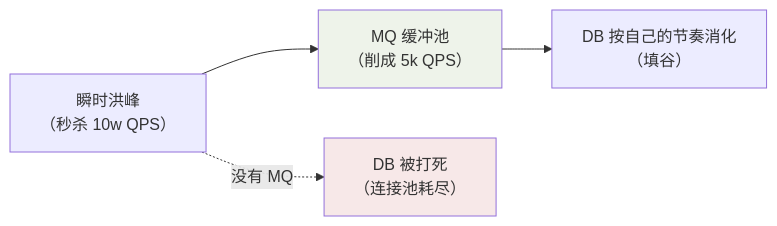
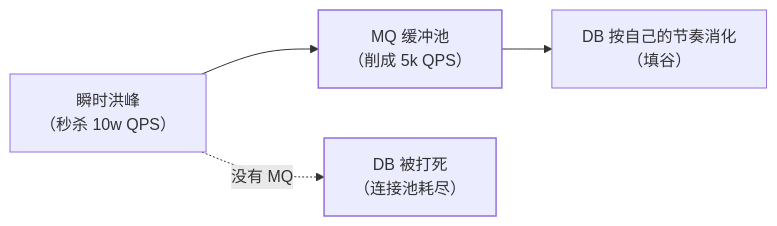
Before and after one commit to Loadhao/ascension: the second of 2 diagrams in src/content/docs/middleware/basic/mq/01-why-mq.md, drawn with Mermaid. The commit also changed other lines of this file and 87 other files, not shown here.

First line of the commit message:
fix: 全站图表配色改由主题接管，修复暗色主题下浅底浅字看不清

````diff
--- a/src/content/docs/middleware/basic/mq/01-why-mq.md
+++ b/src/content/docs/middleware/basic/mq/01-why-mq.md
@@ -47,9 +48,11 @@
 ```mermaid
 flowchart LR
     A["瞬时洪峰<br/>（秒杀 10w QPS）"] --> MQ2["MQ 缓冲池<br/>（削成 5k QPS）"]
     MQ2 --> B["DB 按自己的节奏消化<br/>（填谷）"]
     A -.没有 MQ.-> C["DB 被打死<br/>（连接池耗尽）"]
 
-    style C fill:#f7e8e8
-    style MQ2 fill:#eef3ea
+    class C bad
+    class MQ2 good
+    classDef bad stroke-width:1.5px
+    classDef good stroke-width:1.5px
 ```
````
